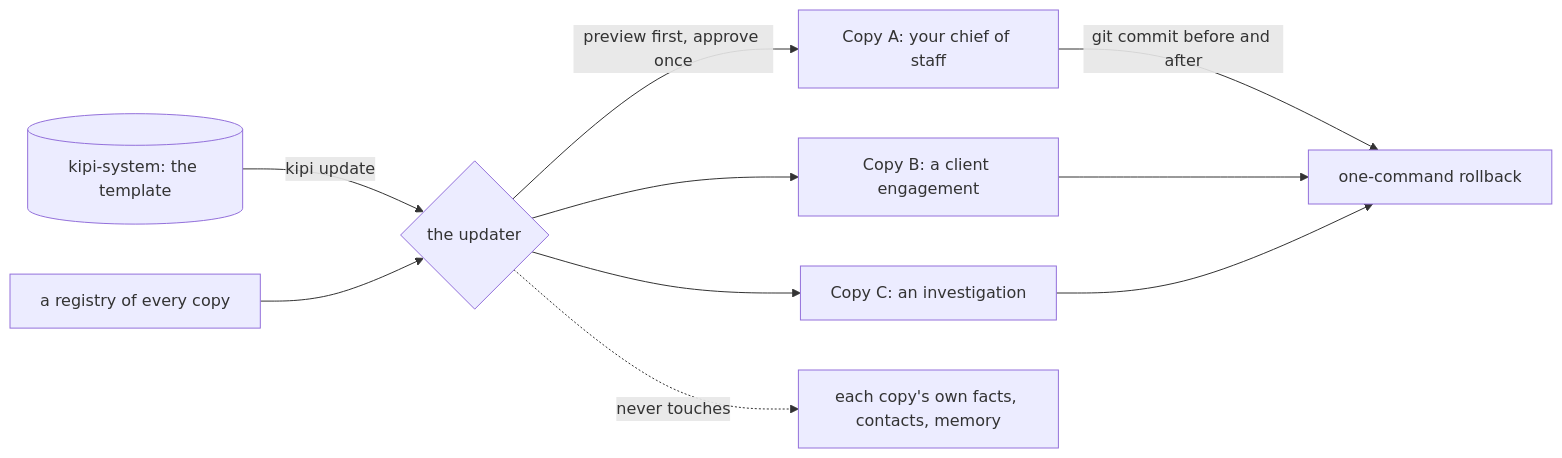
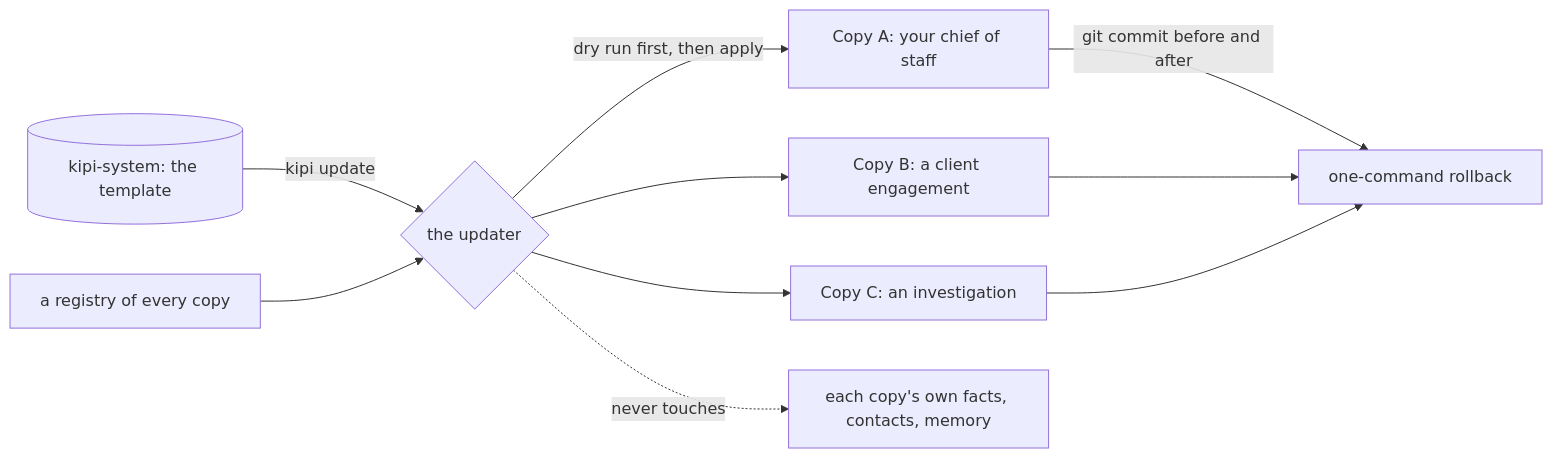
Before and after one commit to assafkip/q-founder-os: the seventh of 7 diagrams in README.md, drawn with Mermaid. The commit also changed other lines of this file, not shown here.

````diff
--- a/README.md
+++ b/README.md
@@ -246,12 +255,12 @@
 ```mermaid
 flowchart LR
     SK[("kipi-system: the template")] -->|"kipi update"| U{"the updater"}
     REG["a registry of every copy"] --> U
-    U -->|"preview first, approve once"| I1["Copy A: your chief of staff"]
+    U -->|"dry run first, then apply"| I1["Copy A: your chief of staff"]
     U --> I2["Copy B: a client engagement"]
     U --> I3["Copy C: an investigation"]
     U -. "never touches" .-> OWN["each copy's own facts, contacts, memory"]
     I1 -->|"git commit before and after"| RB["one-command rollback"]
     I2 --> RB
     I3 --> RB
 ```
````
